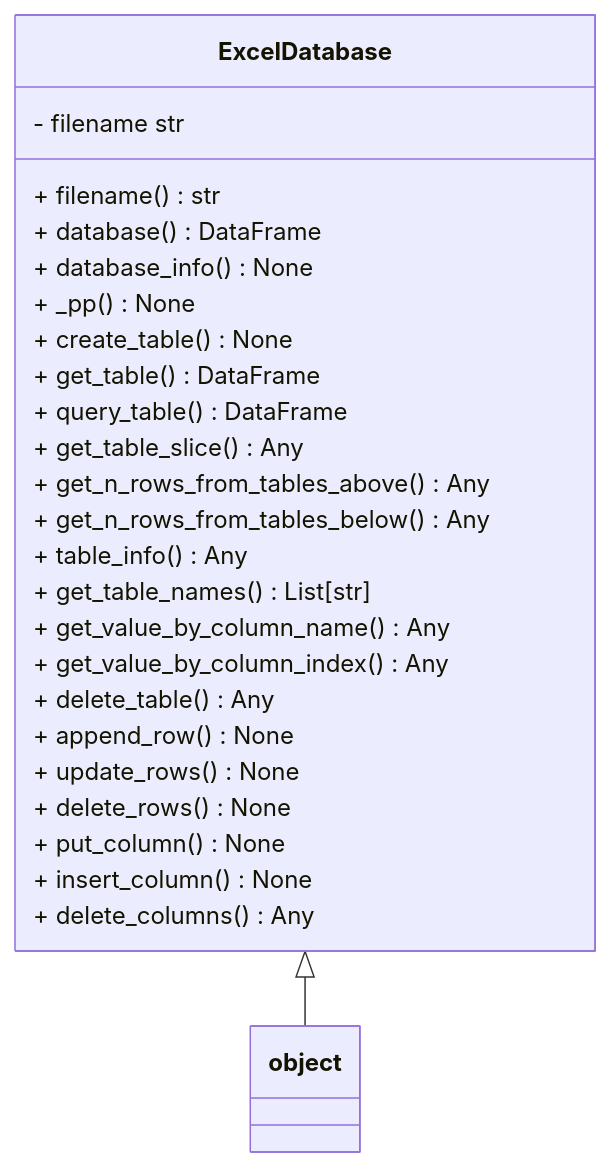
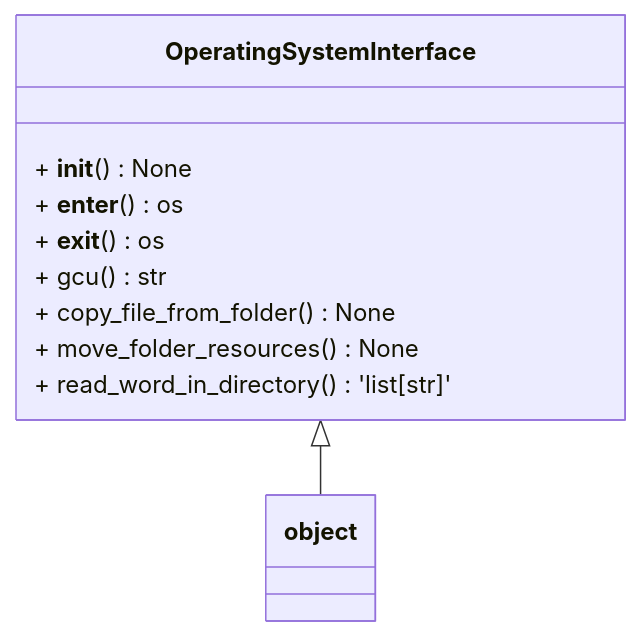
One commit to kesler20/draw-uml-backend changed the diagram in output/design_doc.md. Above: the diagram before and after it, drawn with Mermaid. The commit also changed 45 other files, not shown here.

````diff
--- a/output/design_doc.md
+++ b/output/design_doc.md
@@ -3,26 +3,11 @@
 ```mermaid
 classDiagram
-   ExcelDatabase <|-- object
-   ExcelDatabase : - filename str
-   ExcelDatabase : + filename() str
-   ExcelDatabase : + database() DataFrame
-   ExcelDatabase : + database_info() None
-   ExcelDatabase : + _pp() None
-   ExcelDatabase : + create_table() None
-   ExcelDatabase : + get_table() DataFrame
-   ExcelDatabase : + query_table() DataFrame
-   ExcelDatabase : + get_table_slice() Any
-   ExcelDatabase : + get_n_rows_from_tables_above() Any
-   ExcelDatabase : + get_n_rows_from_tables_below() Any
-   ExcelDatabase : + table_info() Any
-   ExcelDatabase : + get_table_names() List[str]
-   ExcelDatabase : + get_value_by_column_name() Any
-   ExcelDatabase : + get_value_by_column_index() Any
-   ExcelDatabase : + delete_table() Any
-   ExcelDatabase : + append_row() None
-   ExcelDatabase : + update_rows() None
-   ExcelDatabase : + delete_rows() None
-   ExcelDatabase : + put_column() None
-   ExcelDatabase : + insert_column() None
-   ExcelDatabase : + delete_columns() Any
+   OperatingSystemInterface <|-- object
+   OperatingSystemInterface : + __init__() None
+   OperatingSystemInterface : + __enter__() os
+   OperatingSystemInterface : + __exit__() os
+   OperatingSystemInterface : + gcu() str
+   OperatingSystemInterface : + copy_file_from_folder() None
+   OperatingSystemInterface : + move_folder_resources() None
+   OperatingSystemInterface : + read_word_in_directory() 'list[str]'
 ```
````
